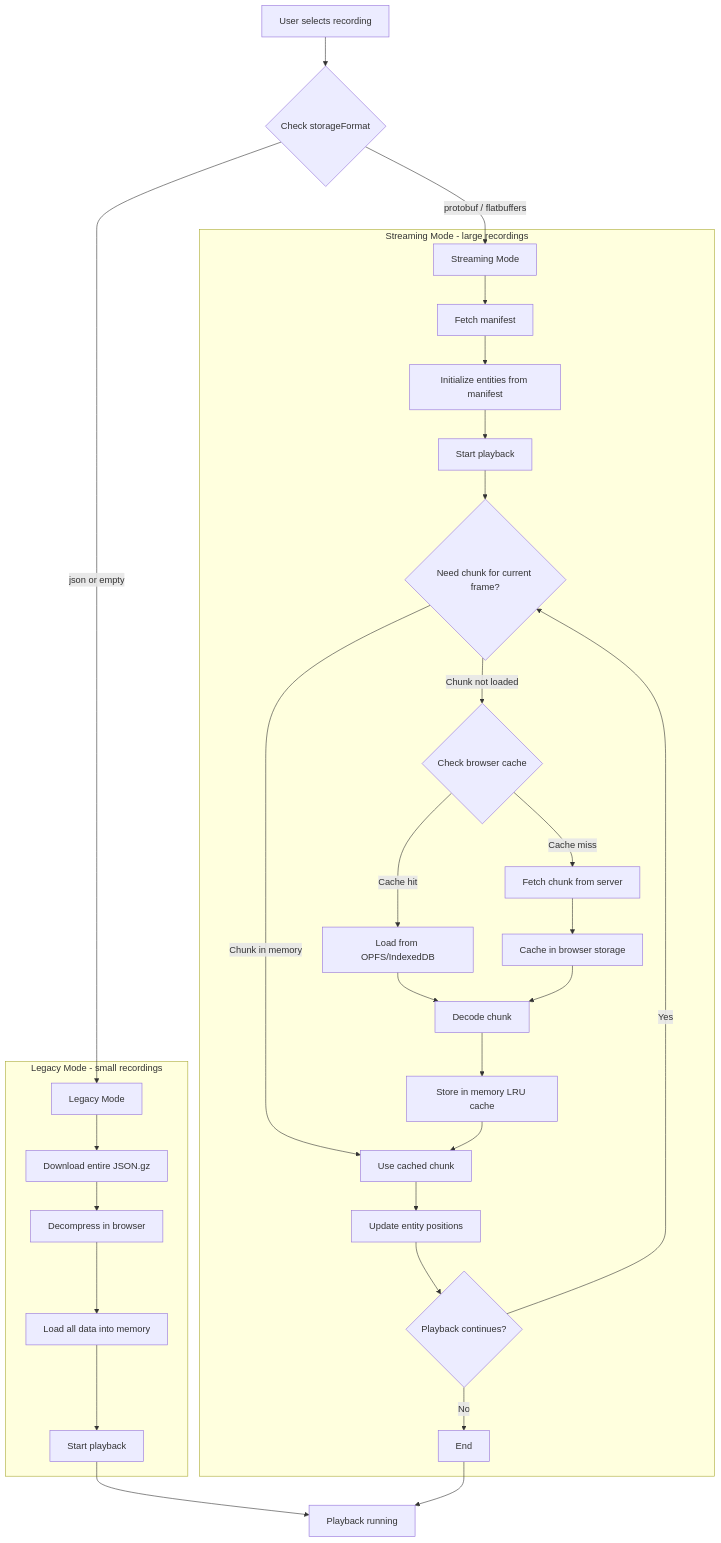
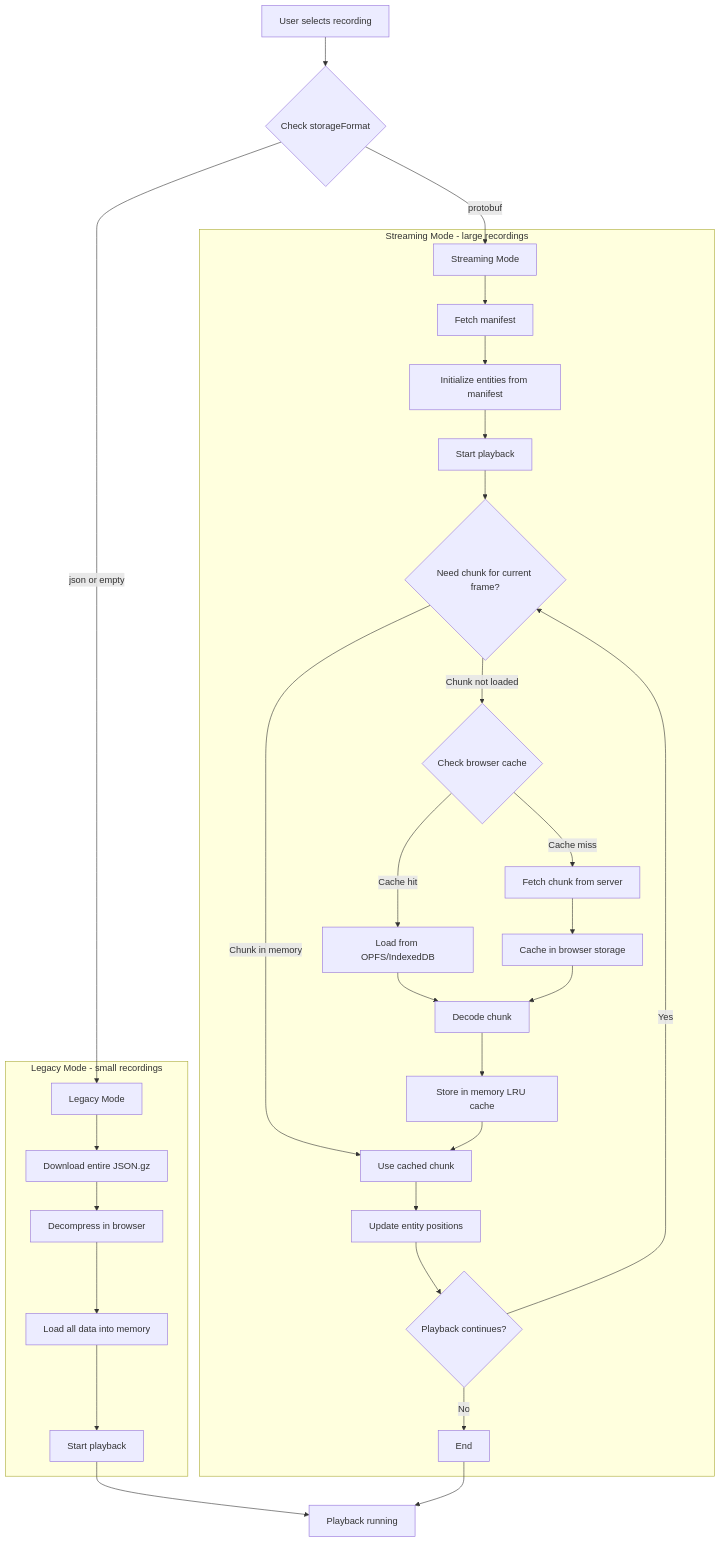
Before and after one commit to smitt14ua/OCAP2-web: the first of 2 diagrams in docs/streaming-architecture.md, drawn with Mermaid. The commit also changed other lines of this file and 52 other files, not shown here.

````diff
--- a/docs/streaming-architecture.md
+++ b/docs/streaming-architecture.md
@@ -7,37 +7,37 @@
 ```mermaid
 flowchart TD
     A[User selects recording] --> B{Check storageFormat}
 
-    B -->|protobuf / flatbuffers| C[Streaming Mode]
+    B -->|protobuf| C[Streaming Mode]
     B -->|json or empty| D[Legacy Mode]
 
     subgraph Legacy[Legacy Mode - small recordings]
         D --> D1[Download entire JSON.gz]
         D1 --> D2[Decompress in browser]
         D2 --> D3[Load all data into memory]
         D3 --> D4[Start playback]
     end
 
     subgraph Streaming[Streaming Mode - large recordings]
         C --> C1[Fetch manifest]
         C1 --> C2[Initialize entities from manifest]
         C2 --> C3[Start playback]
         C3 --> C4{Need chunk for current frame?}
         C4 -->|Chunk in memory| C5[Use cached chunk]
         C4 -->|Chunk not loaded| C6{Check browser cache}
         C6 -->|Cache hit| C7[Load from OPFS/IndexedDB]
         C6 -->|Cache miss| C8[Fetch chunk from server]
         C8 --> C9[Cache in browser storage]
         C7 --> C10[Decode chunk]
         C9 --> C10
         C10 --> C11[Store in memory LRU cache]
         C11 --> C5
         C5 --> C12[Update entity positions]
         C12 --> C13{Playback continues?}
         C13 -->|Yes| C4
         C13 -->|No| C14[End]
     end
 
     D4 --> E[Playback running]
     C14 --> E
 ```
````
